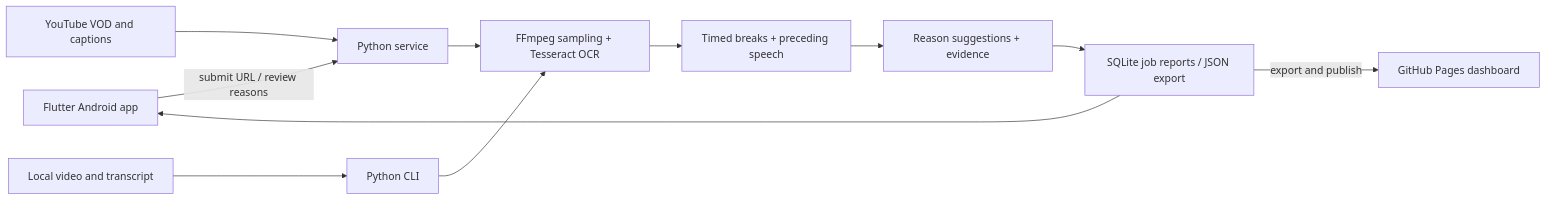
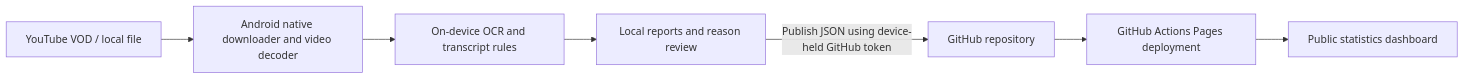
One commit to MacTimiT/brb-tracker changed the diagram in README.md. Above: the diagram before and after it, drawn with Mermaid. The commit also changed other lines of this file and 32 other files, not shown here.

Commit message:
Run VOD analysis locally on Android and publish reports directly to GitHub

````diff
--- a/README.md
+++ b/README.md
@@ -9,13 +9,9 @@
 ```mermaid
 flowchart LR
-    A[Flutter Android app] -->|submit URL / review reasons| B[Python service]
-    Y[YouTube VOD and captions] --> B
-    L[Local video and transcript] --> C[Python CLI]
-    B --> D[FFmpeg sampling + Tesseract OCR]
-    C --> D
-    D --> E[Timed breaks + preceding speech]
-    E --> F[Reason suggestions + evidence]
-    F --> G[SQLite job reports / JSON export]
-    G --> A
-    G -->|export and publish| H[GitHub Pages dashboard]
+    Y[YouTube VOD / local file] --> A[Android native downloader and video decoder]
+    A --> B[On-device OCR and transcript rules]
+    B --> C[Local reports and reason review]
+    C -->|Publish JSON using device-held GitHub token| D[GitHub repository]
+    D --> E[GitHub Actions Pages deployment]
+    E --> F[Public statistics dashboard]
 ```
````
